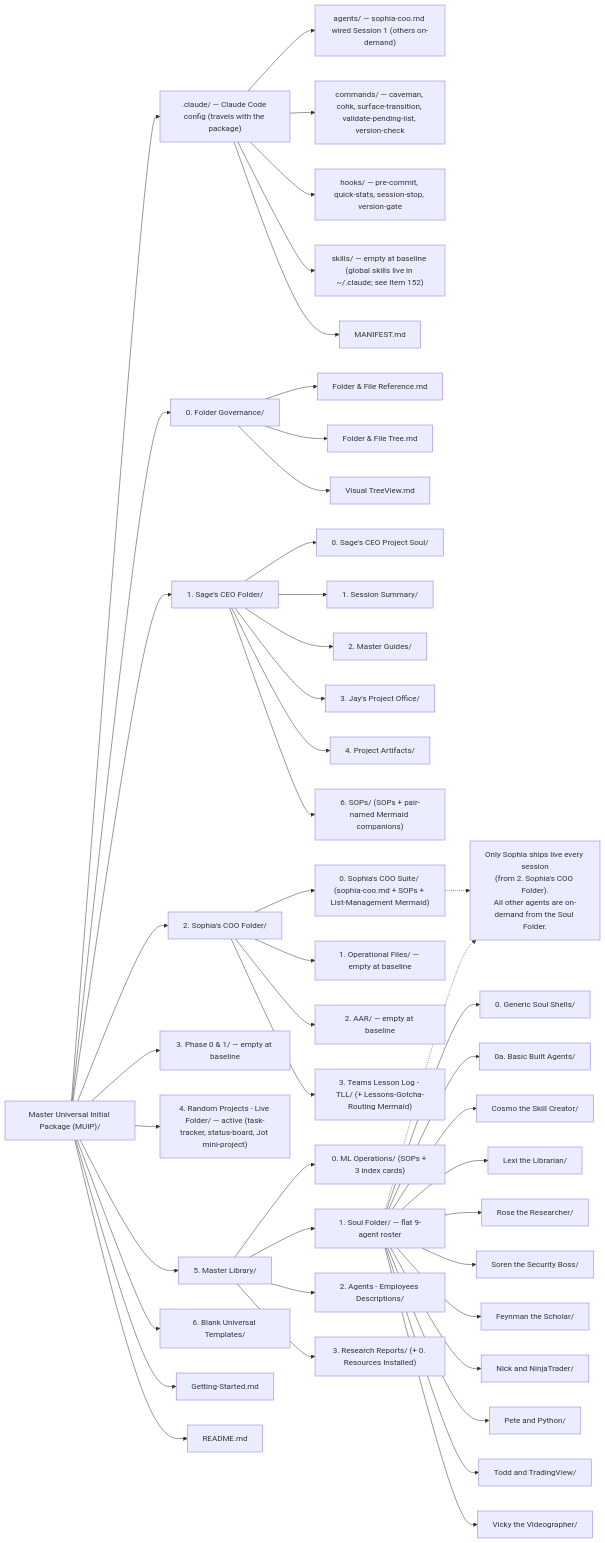
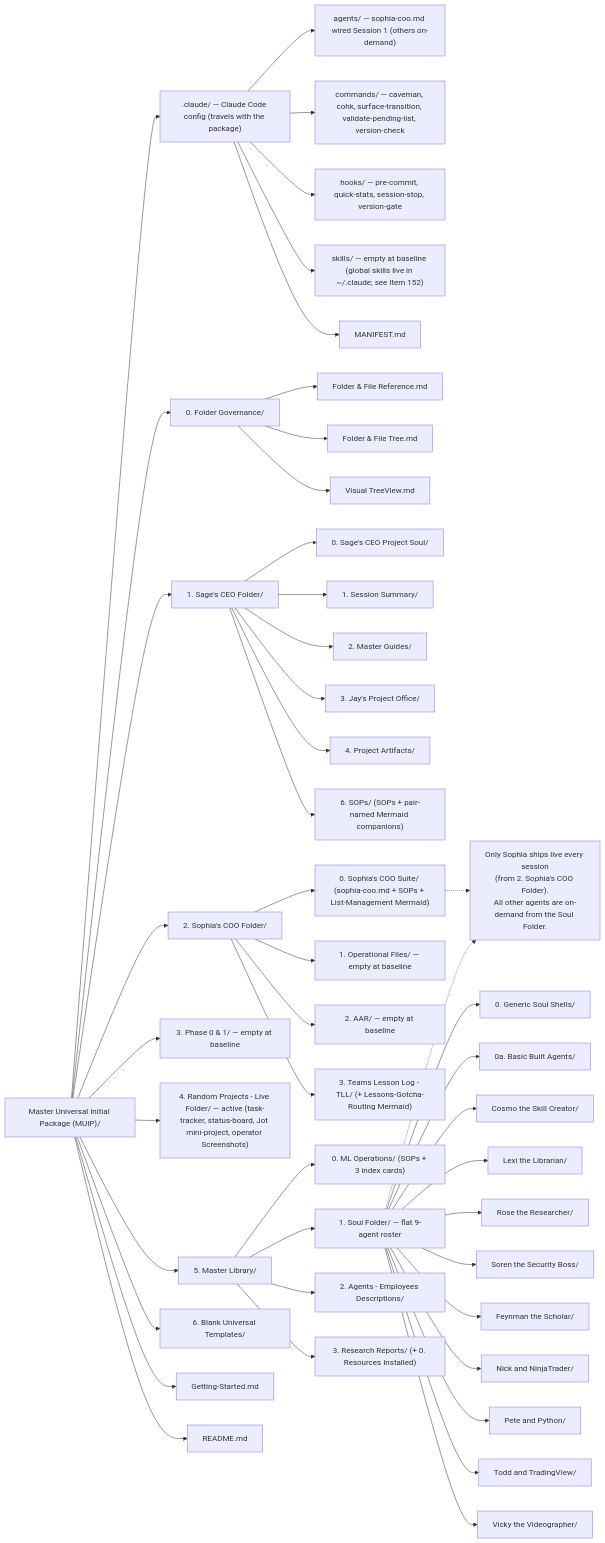
Before and after one commit to lacerda4269-rgb/random-claude-projects: the diagram in 0. Folder Governance/Visual TreeView.md, drawn with Mermaid. The commit also changed other lines of this file and 9 other files, not shown here.

````diff
--- a/0. Folder Governance/Visual TreeView.md
+++ b/0. Folder Governance/Visual TreeView.md
@@ -19,64 +19,64 @@
 ```mermaid
 graph LR
     v01b["Master Universal Initial Package (MUIP)/"]
     v01b --> DOTCLAUDE[".claude/ — Claude Code config (travels with the package)"]
     v01b --> FG["0. Folder Governance/"]
     v01b --> CEO["1. Sage's CEO Folder/"]
     v01b --> COO["2. Sophia's COO Folder/"]
     v01b --> PO1["3. Phase 0 & 1/ — empty at baseline"]
-    v01b --> LIVE["4. Random Projects - Live Folder/ — active (task-tracker, status-board, Jot mini-project)"]
+    v01b --> LIVE["4. Random Projects - Live Folder/ — active (task-tracker, status-board, Jot mini-project, operator Screenshots)"]
     v01b --> ML["5. Master Library/"]
     v01b --> BT["6. Blank Universal Templates/"]
     v01b --> GS["Getting-Started.md"]
     v01b --> RM["README.md"]
 
     %% .claude (Claude Code config — travels with the package)
     DOTCLAUDE --> DC_AGENTS["agents/ — sophia-coo.md wired Session 1 (others on-demand)"]
     DOTCLAUDE --> DC_CMD["commands/ — caveman, cohk, surface-transition, validate-pending-list, version-check"]
     DOTCLAUDE --> DC_HOOKS["hooks/ — pre-commit, quick-stats, session-stop, version-gate"]
     DOTCLAUDE --> DC_SKILLS["skills/ — empty at baseline (global skills live in ~/.claude; see Item 152)"]
     DOTCLAUDE --> DC_MAN["MANIFEST.md"]
 
     %% 0. Folder Governance
     FG --> FG_REF["Folder & File Reference.md"]
     FG --> FG_TREE["Folder & File Tree.md"]
     FG --> FG_VIS["Visual TreeView.md"]
 
     %% 1. Sage's CEO Folder
     CEO --> CEO_SOUL["0. Sage's CEO Project Soul/"]
     CEO --> CEO_SS["1. Session Summary/"]
     CEO --> CEO_MG["2. Master Guides/"]
     CEO --> CEO_PO["3. Jay's Project Office/"]
     CEO --> CEO_PA["4. Project Artifacts/"]
     CEO --> CEO_SOP["6. SOPs/ (SOPs + pair-named Mermaid companions)"]
 
     %% 2. Sophia's COO Folder
     COO --> COO_SUITE["0. Sophia's COO Suite/ (sophia-coo.md + SOPs + List-Management Mermaid)"]
     COO --> COO_OPS["1. Operational Files/ — empty at baseline"]
     COO --> COO_AAR["2. AAR/ — empty at baseline"]
     COO --> COO_TLL["3. Teams Lesson Log - TLL/ (+ Lessons-Gotcha-Routing Mermaid)"]
 
     %% 5. Master Library
     ML --> ML_OPS["0. ML Operations/ (SOPs + 3 index cards)"]
     ML --> ML_SOUL["1. Soul Folder/ — flat 9-agent roster"]
     ML --> ML_DESC["2. Agents - Employees Descriptions/"]
     ML --> ML_RR["3. Research Reports/ (+ 0. Resources Installed)"]
 
     %% Soul Folder — flat roster
     ML_SOUL --> SF_SHELLS["0. Generic Soul Shells/"]
     ML_SOUL --> SF_BASIC["0a. Basic Built Agents/"]
     ML_SOUL --> SF_COSMO["Cosmo the Skill Creator/"]
     ML_SOUL --> SF_LEXI["Lexi the Librarian/"]
     ML_SOUL --> SF_ROSE["Rose the Researcher/"]
     ML_SOUL --> SF_SOREN["Soren the Security Boss/"]
     ML_SOUL --> SF_FEY["Feynman the Scholar/"]
     ML_SOUL --> SF_NICK["Nick and NinjaTrader/"]
     ML_SOUL --> SF_PETE["Pete and Python/"]
     ML_SOUL --> SF_TODD["Todd and TradingView/"]
     ML_SOUL --> SF_VICKY["Vicky the Videographer/"]
 
     %% Residency callout
     SOPHIA_LIVE["Only Sophia ships live every session\n(from 2. Sophia's COO Folder).\nAll other agents are on-demand from the Soul Folder."]
     COO_SUITE -.-> SOPHIA_LIVE
     ML_SOUL -.-> SOPHIA_LIVE
 ```
````
